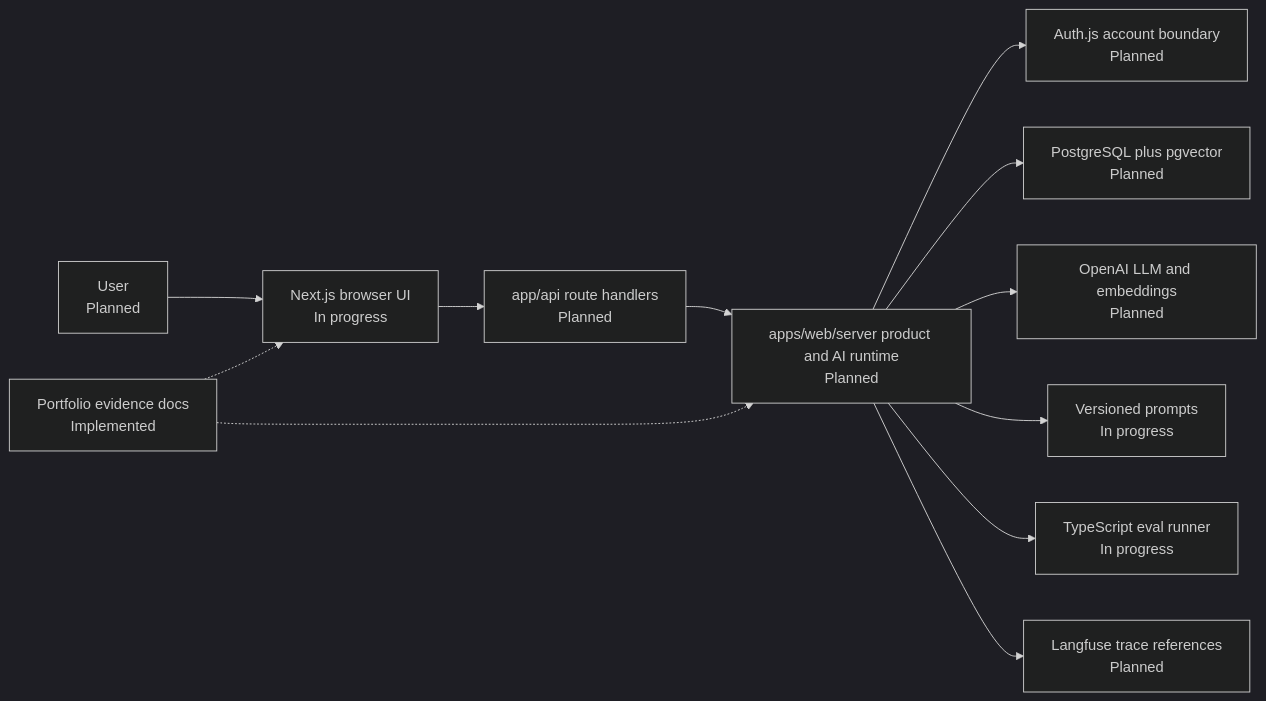
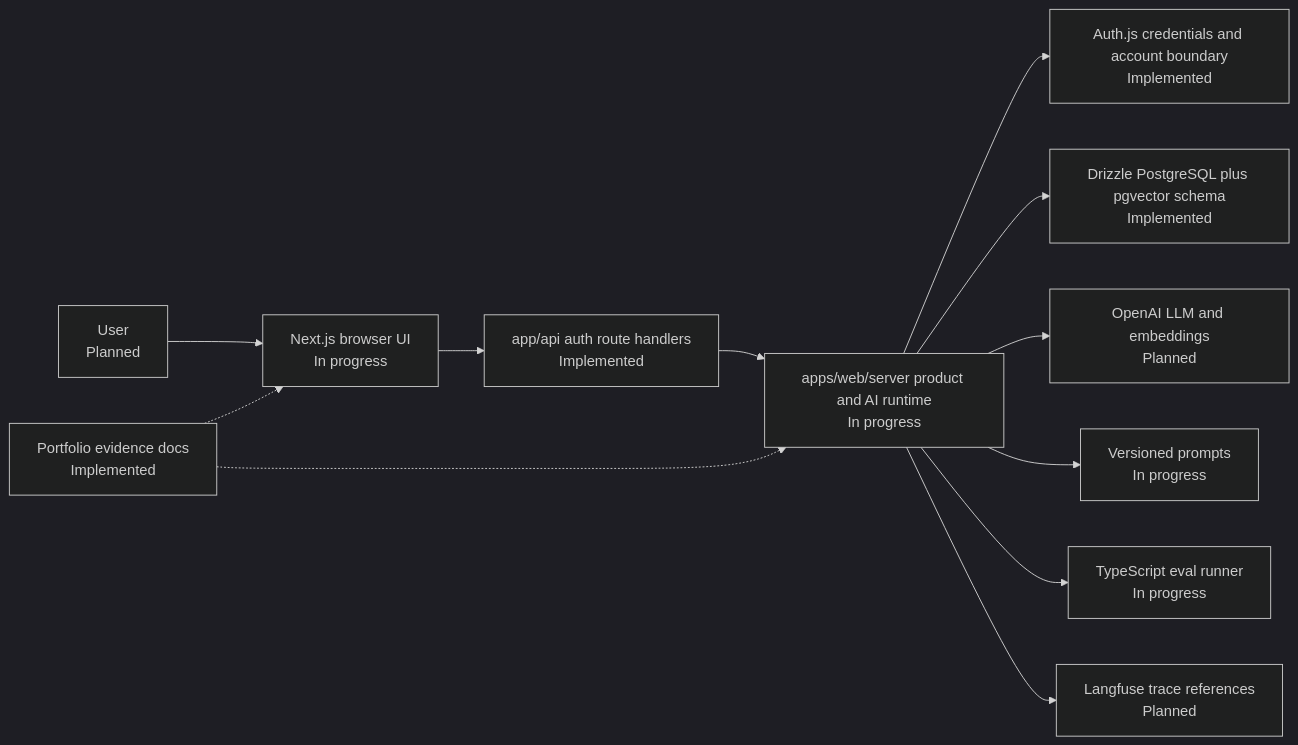
Before and after one commit to brayan/ancora: the first of 5 diagrams in docs/architecture/diagrams.md, drawn with Mermaid (dark theme). The commit also changed other lines of this file and 58 other files, not shown here.

Commit message:
feat(web): Add auth account data foundation (#5)

````diff
--- a/docs/architecture/diagrams.md
+++ b/docs/architecture/diagrams.md
@@ -16,26 +16,26 @@
 ```mermaid
 flowchart LR
   User["User<br/>Planned"]
   Browser["Next.js browser UI<br/>In progress"]
-  Routes["app/api route handlers<br/>Planned"]
-  Server["apps/web/server product and AI runtime<br/>Planned"]
-  Auth["Auth.js account boundary<br/>Planned"]
-  DB["PostgreSQL plus pgvector<br/>Planned"]
+  Routes["app/api auth route handlers<br/>Implemented"]
+  Server["apps/web/server product and AI runtime<br/>In progress"]
+  Auth["Auth.js credentials and account boundary<br/>Implemented"]
+  DB["Drizzle PostgreSQL plus pgvector schema<br/>Implemented"]
   OpenAI["OpenAI LLM and embeddings<br/>Planned"]
   Prompts["Versioned prompts<br/>In progress"]
   Evals["TypeScript eval runner<br/>In progress"]
   Langfuse["Langfuse trace references<br/>Planned"]
   Docs["Portfolio evidence docs<br/>Implemented"]
 
   User --> Browser
   Browser --> Routes
   Routes --> Server
   Server --> Auth
   Server --> DB
   Server --> OpenAI
   Server --> Prompts
   Server --> Evals
   Server --> Langfuse
   Docs -.-> Browser
   Docs -.-> Server
 ```
````
